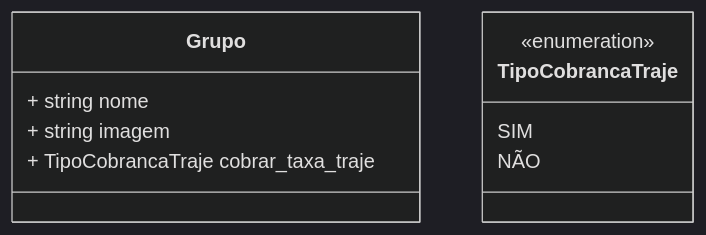
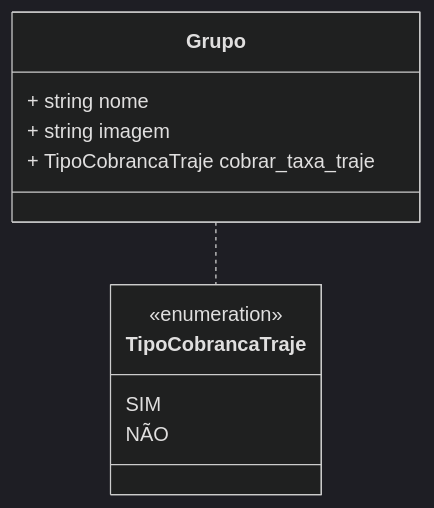
Before and after one commit to guionardo/planetapeia-desfiles: the second of 5 diagrams in README.md, drawn with Mermaid (dark theme). The commit also changed other lines of this file and 39 other files, not shown here.

````diff
--- a/README.md
+++ b/README.md
@@ -30,14 +30,16 @@
 ```mermaid
 classDiagram
 class Grupo {
     + string nome
     + string imagem
     + TipoCobrancaTraje cobrar_taxa_traje
 }
 
 class TipoCobrancaTraje {
     <<enumeration>>
     SIM
     NÃO
 }
+
+Grupo .. TipoCobrancaTraje
 ```
````
